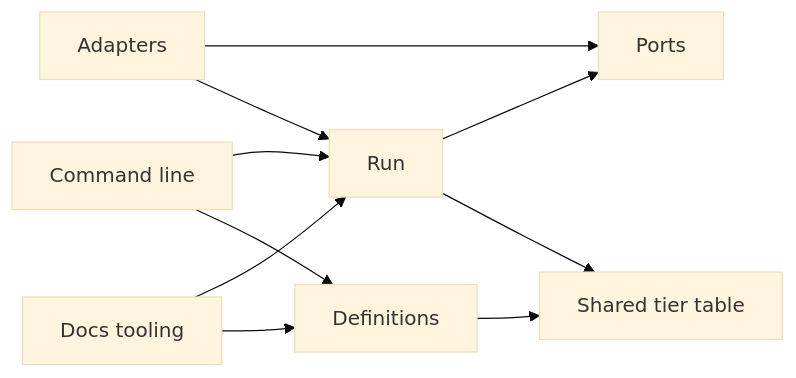
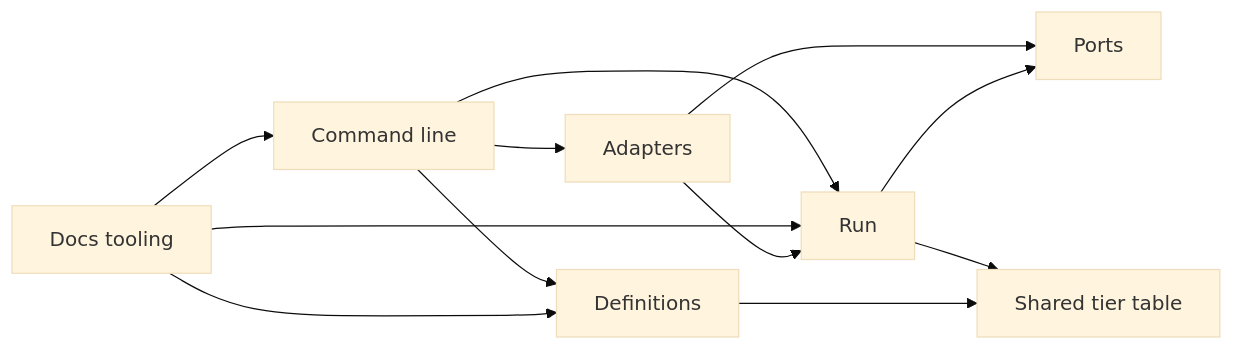
The diagram in docs/reference/layout.md (AlexanderNZ/delegate), drawn with Mermaid (base theme) before and after one commit. The commit also changed other lines of this file and 61 other files, not shown here.

Commit message:
refactor: the command modules and all argument parsing move into the cli package, and the architecture test fails on a parser outside it (#52)

````diff
--- a/docs/reference/layout.md
+++ b/docs/reference/layout.md
@@ -43,12 +43,14 @@
 ```mermaid
 flowchart LR
   cli[Command line] --> run[Run]
   cli --> definitions[Definitions]
+  cli --> adapters
   docs[Docs tooling] --> run
   docs --> definitions
+  docs --> cli
   adapters[Adapters] --> ports[Ports]
   run --> ports
   adapters --> run
   run --> shared[Shared tier table]
   definitions --> shared
 ```
````
